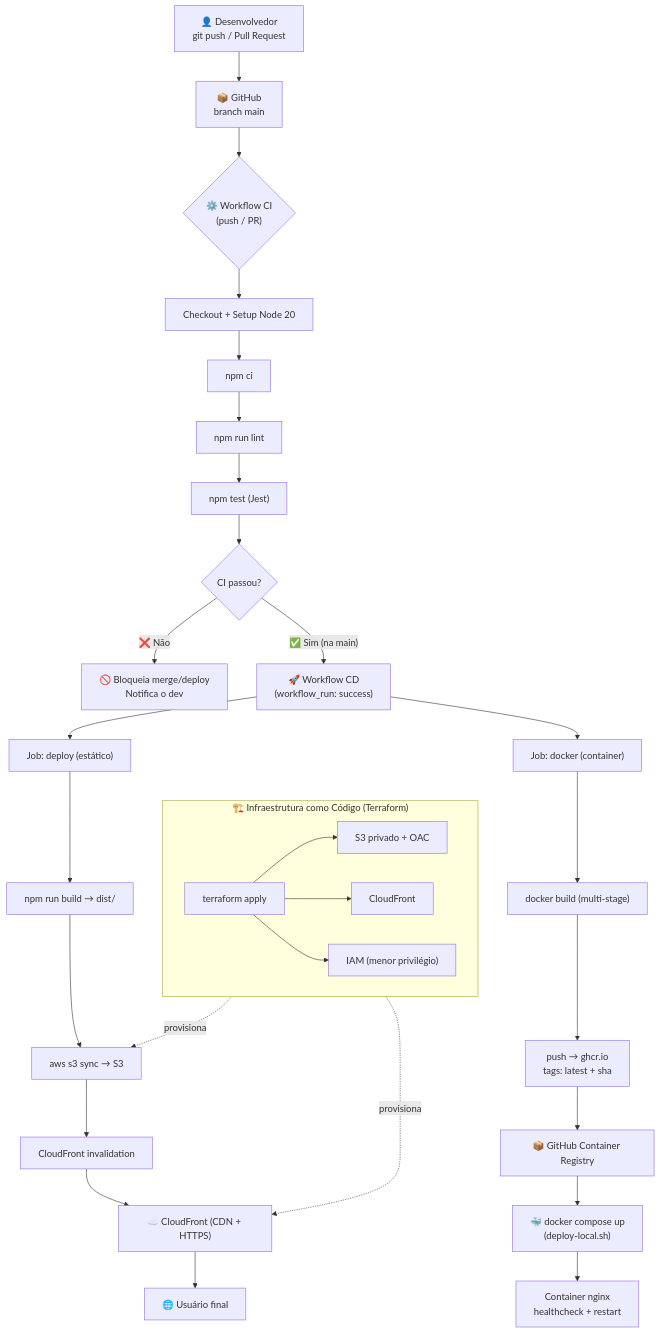
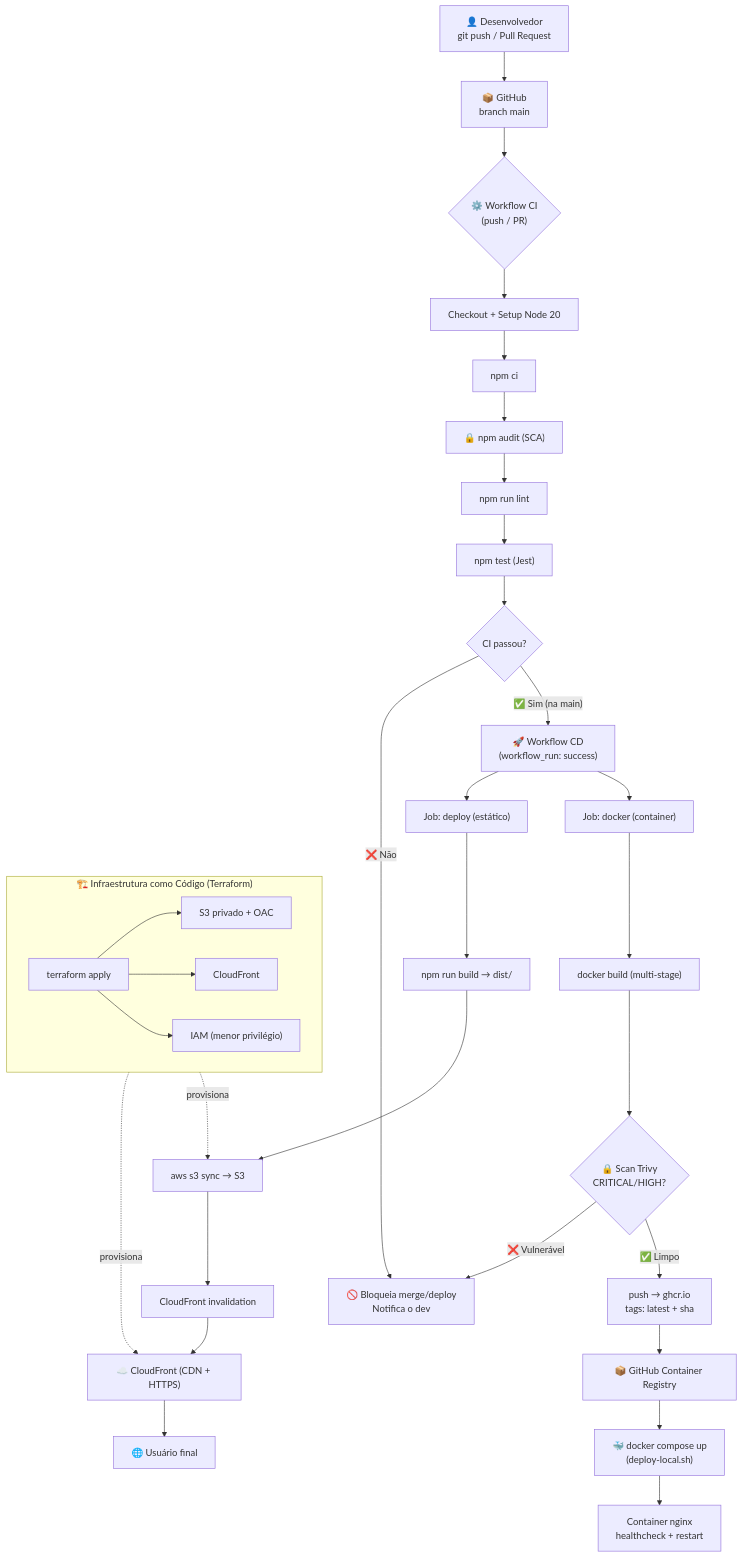
Before and after one commit to bdoprado/projeto-devops: the diagram in docs/relatorio-final.md, drawn with Mermaid. The commit also changed other lines of this file and 3 other files, not shown here.

First line of the commit message:
feat: DevSecOps — scan de vulnerabilidades no pipeline (npm audit + Trivy)

````diff
--- a/docs/relatorio-final.md
+++ b/docs/relatorio-final.md
@@ -203,39 +217,42 @@
 ```mermaid
 flowchart TD
     DEV["👤 Desenvolvedor<br/>git push / Pull Request"] --> REPO["📦 GitHub<br/>branch main"]
 
     REPO --> CI{"⚙️ Workflow CI<br/>(push / PR)"}
     CI --> CI1["Checkout + Setup Node 20"]
     CI1 --> CI2["npm ci"]
-    CI2 --> CI3["npm run lint"]
+    CI2 --> CIA["🔒 npm audit (SCA)"]
+    CIA --> CI3["npm run lint"]
     CI3 --> CI4["npm test (Jest)"]
     CI4 --> GATE{"CI passou?"}
 
     GATE -- "❌ Não" --> FAIL["🚫 Bloqueia merge/deploy<br/>Notifica o dev"]
     GATE -- "✅ Sim (na main)" --> CD["🚀 Workflow CD<br/>(workflow_run: success)"]
 
     CD --> DEPLOY["Job: deploy (estático)"]
     CD --> DOCKER["Job: docker (container)"]
 
     DEPLOY --> B1["npm run build → dist/"]
     B1 --> B2["aws s3 sync → S3"]
     B2 --> B3["CloudFront invalidation"]
     B3 --> CF["☁️ CloudFront (CDN + HTTPS)"]
     CF --> USER["🌐 Usuário final"]
 
     DOCKER --> D1["docker build (multi-stage)"]
-    D1 --> D2["push → ghcr.io<br/>tags: latest + sha"]
+    D1 --> DSCAN{"🔒 Scan Trivy<br/>CRITICAL/HIGH?"}
+    DSCAN -- "❌ Vulnerável" --> FAIL
+    DSCAN -- "✅ Limpo" --> D2["push → ghcr.io<br/>tags: latest + sha"]
     D2 --> GHCR["📦 GitHub Container Registry"]
 
     GHCR --> RUN["🐳 docker compose up<br/>(deploy-local.sh)"]
     RUN --> CONT["Container nginx<br/>healthcheck + restart"]
 
     subgraph IaC["🏗️ Infraestrutura como Código (Terraform)"]
         TF["terraform apply"] --> S3I["S3 privado + OAC"]
         TF --> CFI["CloudFront"]
         TF --> IAMI["IAM (menor privilégio)"]
     end
 
     IaC -.provisiona.-> CF
     IaC -.provisiona.-> B2
 ```
````
